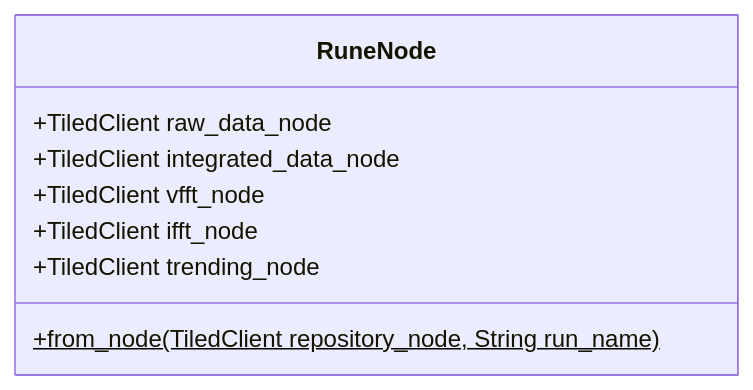
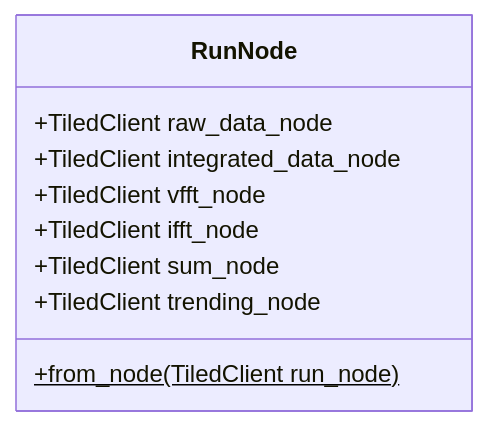
The second of 2 diagrams in docs/design.md (als-computing/ArroyoXPS), drawn with Mermaid before and after one commit. The commit also changed 1 other file, not shown here.

Commit message:
updates to documentation

````diff
--- a/docs/design.md
+++ b/docs/design.md
@@ -44,16 +44,15 @@
 ```mermaid
 classDiagram
     
-    class RuneNode{
+    class RunNode{
         +TiledClient raw_data_node
         +TiledClient integrated_data_node
         +TiledClient vfft_node
         +TiledClient ifft_node
+        +TiledClient sum_node
         +TiledClient trending_node
 
-        +from_node(TiledClient repository_node, String run_name)$
+        +from_node(TiledClient run_node)$
     }
-    
-    
 
 ```
````
